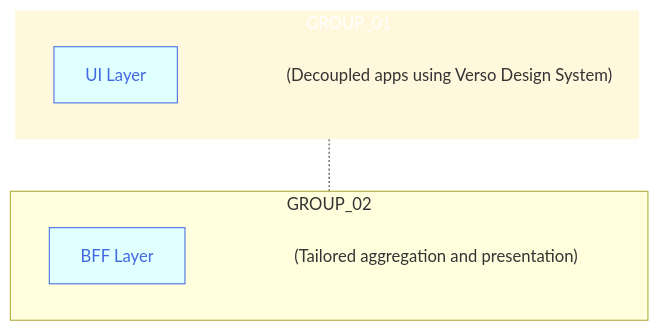
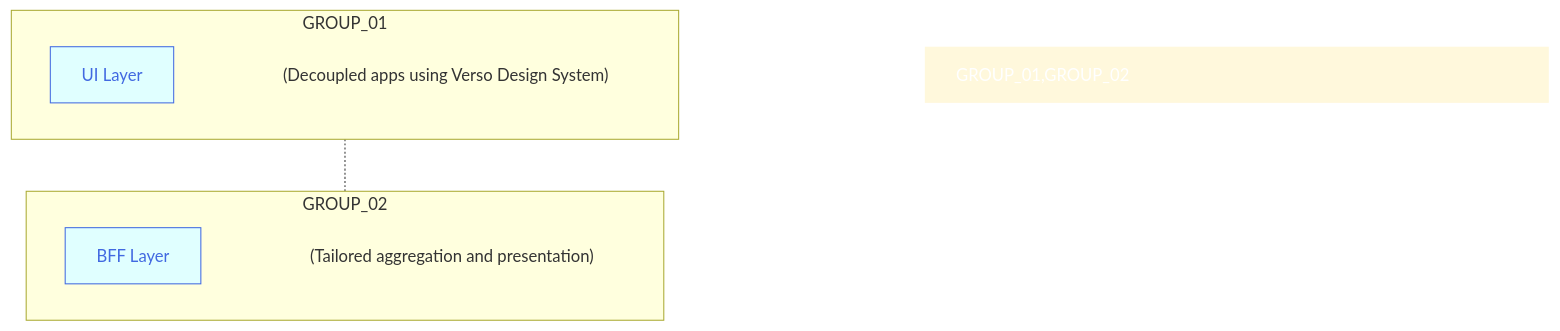
The diagram in buttons_mermaid_v5.md (joe-dorward/samples), drawn with Mermaid before and after one commit.

````diff
--- a/buttons_mermaid_v5.md
+++ b/buttons_mermaid_v5.md
@@ -3,41 +3,41 @@
 ```mermaid
   %%{
     init: {
       "flowchart": { "markdownAutoWrap":"false", "textWrap":"false", "wrappingWidth": "100%" }
     }
   }%%
   flowchart TD
 
   classDef Button fill:lightcyan, stroke:royalblue, color:royalblue;
   classDef Note fill:transparent, stroke-width:0px
   %% ---------- ---------- ---------- ---------- ---------- ---------- ---------- ---------- ---------- ----------
   subgraph GROUP_01
     direction LR
 
     BUTTON_01_NOTE["(Decoupled apps using Verso Design System)"]:::Note
     BUTTON_01["UI Layer"]:::Button
     click BUTTON_01 "https://en.wikipedia.org/wiki/Main_Page" _blank
 
     BUTTON_01~~~
     BUTTON_01_NOTE
   end
   %% ---------- ---------- ---------- ---------- ---------- ---------- ---------- ---------- ---------- ----------
   subgraph GROUP_02
     direction LR
 
     BUTTON_02_NOTE["(Tailored aggregation and presentation)"]:::Note
     BUTTON_02["BFF Layer"]:::Button
     click BUTTON_02 "https://en.wikipedia.org/wiki/Main_Page" _blank
 
     BUTTON_02~~~
     BUTTON_02_NOTE
   end
   %% ---------- ---------- ---------- ---------- ---------- ---------- ---------- ---------- ---------- ----------
 
 GROUP_01-.-GROUP_02
 
 %%BUTTON_01-->BUTTON_02
 
-  style GROUP_01 fill:cornsilk, color:white, stroke-width:0px, width: 600px
+  style GROUP_01,GROUP_02 fill:cornsilk, color:white, stroke-width:0px, width: 600px
 
 ```
````
